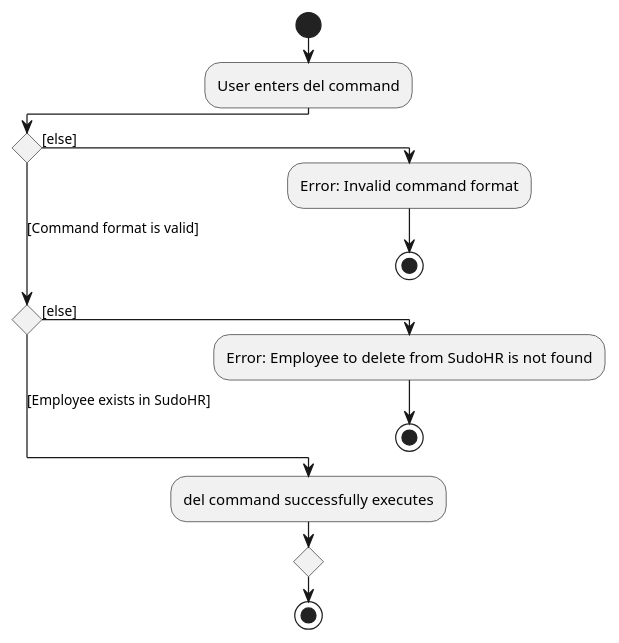
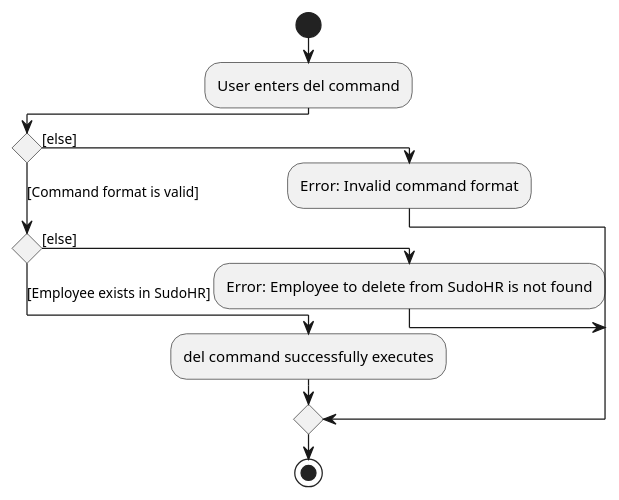
The diagram in docs/diagrams/commands/employee/DeleteEmployeeActivityDiagram.puml (nus-cs2103-AY2223S2/tp), drawn with PlantUML before and after one commit. The commit also changed 4 other files, not shown here.

Commit message:
Update diagrams

```diff
--- a/docs/diagrams/commands/employee/DeleteEmployeeActivityDiagram.puml
+++ b/docs/diagrams/commands/employee/DeleteEmployeeActivityDiagram.puml
@@ -1,16 +1,17 @@
 @startuml
 !pragma useVerticalIf on
 start
 :User enters del command;
 if () then ([else])
   :Error: Invalid command format;
-  stop
+
 ([Command format is valid])elseif () then ([else])
   :Error: Employee to delete from SudoHR is not found;
-   stop
+
 else ([Employee exists in SudoHR])
   :del command successfully executes;
-  endif
+
+endif
 stop
 
 @enduml
```
